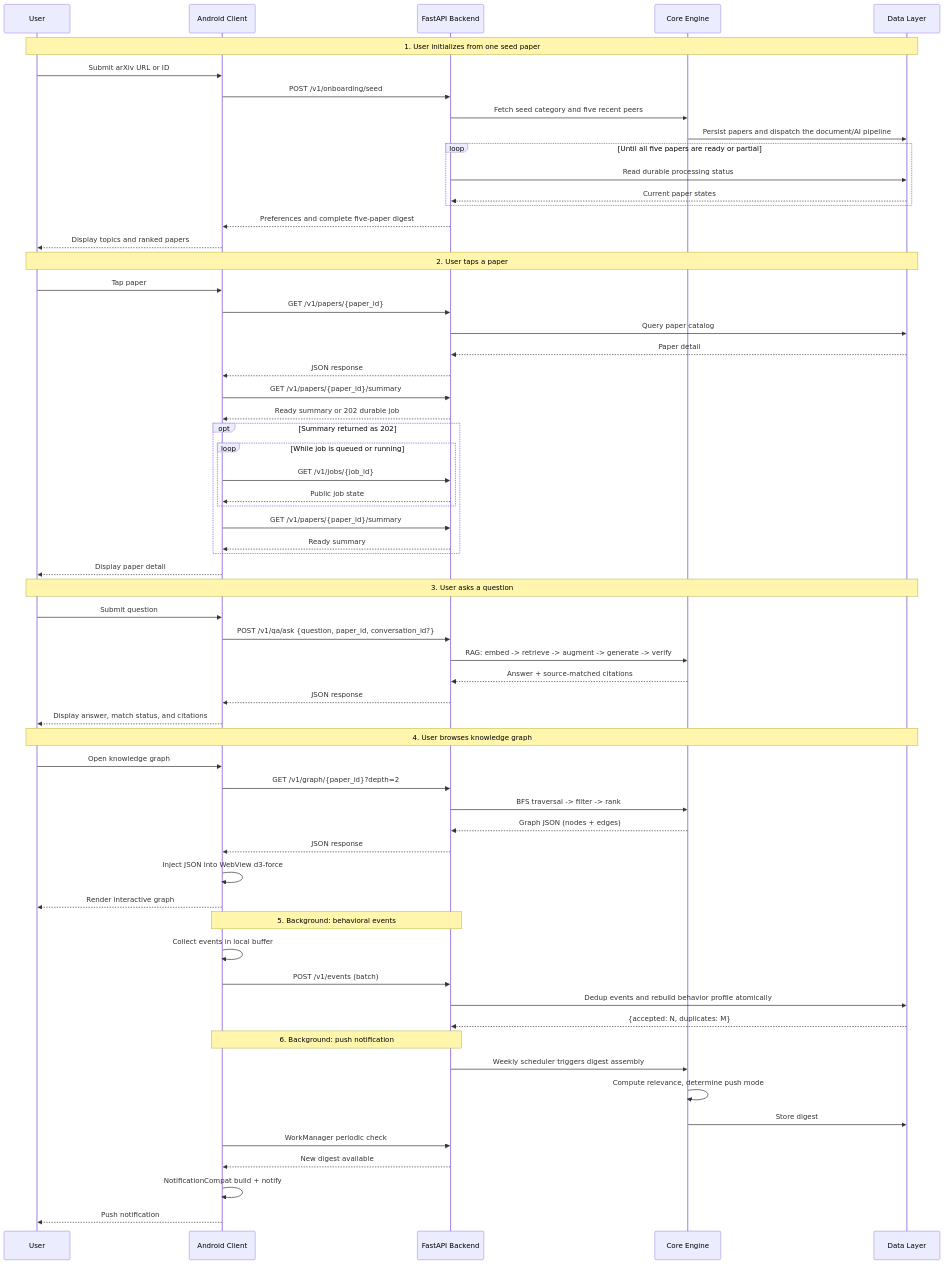
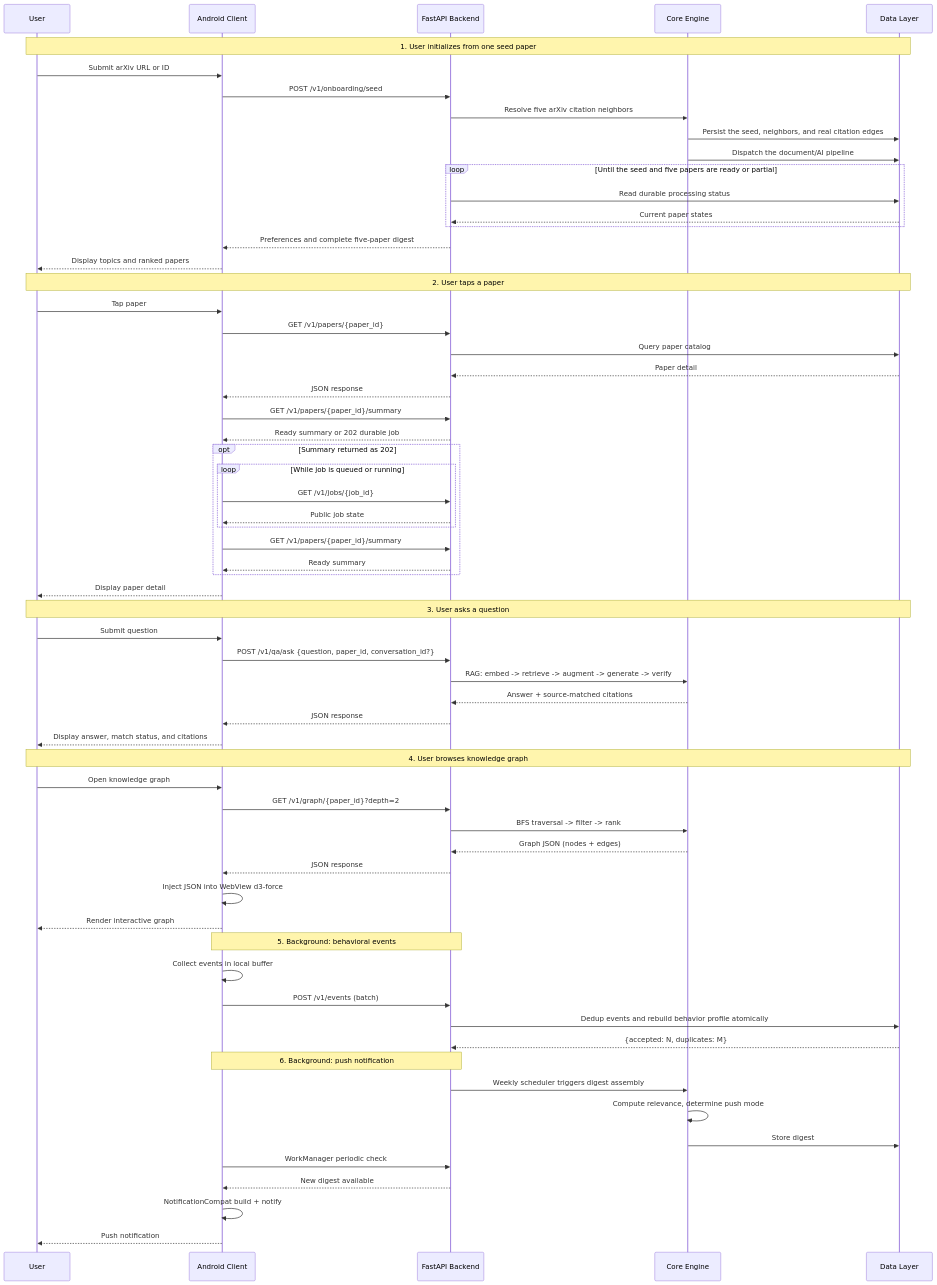
Before and after one commit to YUcxovo/MNEME: the fourth of 4 diagrams in README.md, drawn with Mermaid. The commit also changed other lines of this file and 6 other files, not shown here.

````diff
--- a/README.md
+++ b/README.md
@@ -435,70 +439,71 @@
 ```mermaid
 sequenceDiagram
     participant U as User
     participant A as Android Client
     participant B as FastAPI Backend
     participant E as Core Engine
     participant D as Data Layer
 
     Note over U,D: 1. User initializes from one seed paper
     U->>A: Submit arXiv URL or ID
     A->>B: POST /v1/onboarding/seed
-    B->>E: Fetch seed category and five recent peers
-    E->>D: Persist papers and dispatch the document/AI pipeline
-    loop Until all five papers are ready or partial
+    B->>E: Resolve five arXiv citation neighbors
+    E->>D: Persist the seed, neighbors, and real citation edges
+    E->>D: Dispatch the document/AI pipeline
+    loop Until the seed and five papers are ready or partial
         B->>D: Read durable processing status
         D-->>B: Current paper states
     end
     B-->>A: Preferences and complete five-paper digest
     A-->>U: Display topics and ranked papers
 
     Note over U,D: 2. User taps a paper
     U->>A: Tap paper
     A->>B: GET /v1/papers/{paper_id}
     B->>D: Query paper catalog
     D-->>B: Paper detail
     B-->>A: JSON response
     A->>B: GET /v1/papers/{paper_id}/summary
     B-->>A: Ready summary or 202 durable job
     opt Summary returned as 202
         loop While job is queued or running
             A->>B: GET /v1/jobs/{job_id}
             B-->>A: Public job state
         end
         A->>B: GET /v1/papers/{paper_id}/summary
         B-->>A: Ready summary
     end
     A-->>U: Display paper detail
 
     Note over U,D: 3. User asks a question
     U->>A: Submit question
     A->>B: POST /v1/qa/ask {question, paper_id, conversation_id?}
     B->>E: RAG: embed -> retrieve -> augment -> generate -> verify
     E-->>B: Answer + source-matched citations
     B-->>A: JSON response
     A-->>U: Display answer, match status, and citations
 
     Note over U,D: 4. User browses knowledge graph
     U->>A: Open knowledge graph
     A->>B: GET /v1/graph/{paper_id}?depth=2
     B->>E: BFS traversal -> filter -> rank
     E-->>B: Graph JSON (nodes + edges)
     B-->>A: JSON response
     A->>A: Inject JSON into WebView d3-force
     A-->>U: Render interactive graph
 
     Note over A,B: 5. Background: behavioral events
     A->>A: Collect events in local buffer
     A->>B: POST /v1/events (batch)
     B->>D: Dedup events and rebuild behavior profile atomically
     D-->>B: {accepted: N, duplicates: M}
 
     Note over A,B: 6. Background: push notification
     B->>E: Weekly scheduler triggers digest assembly
     E->>E: Compute relevance, determine push mode
     E->>D: Store digest
     A->>B: WorkManager periodic check
     B-->>A: New digest available
     A->>A: NotificationCompat build + notify
     A-->>U: Push notification
 ```
````
